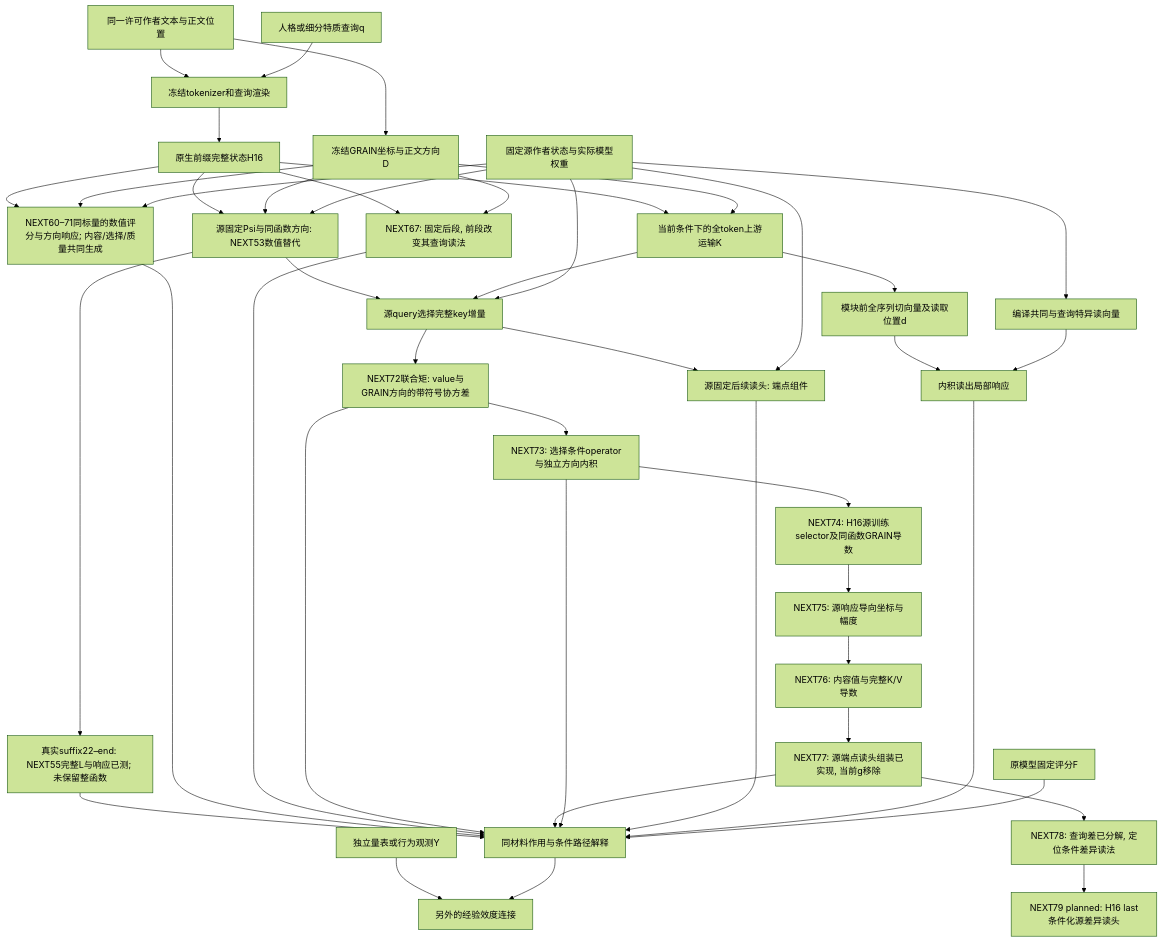
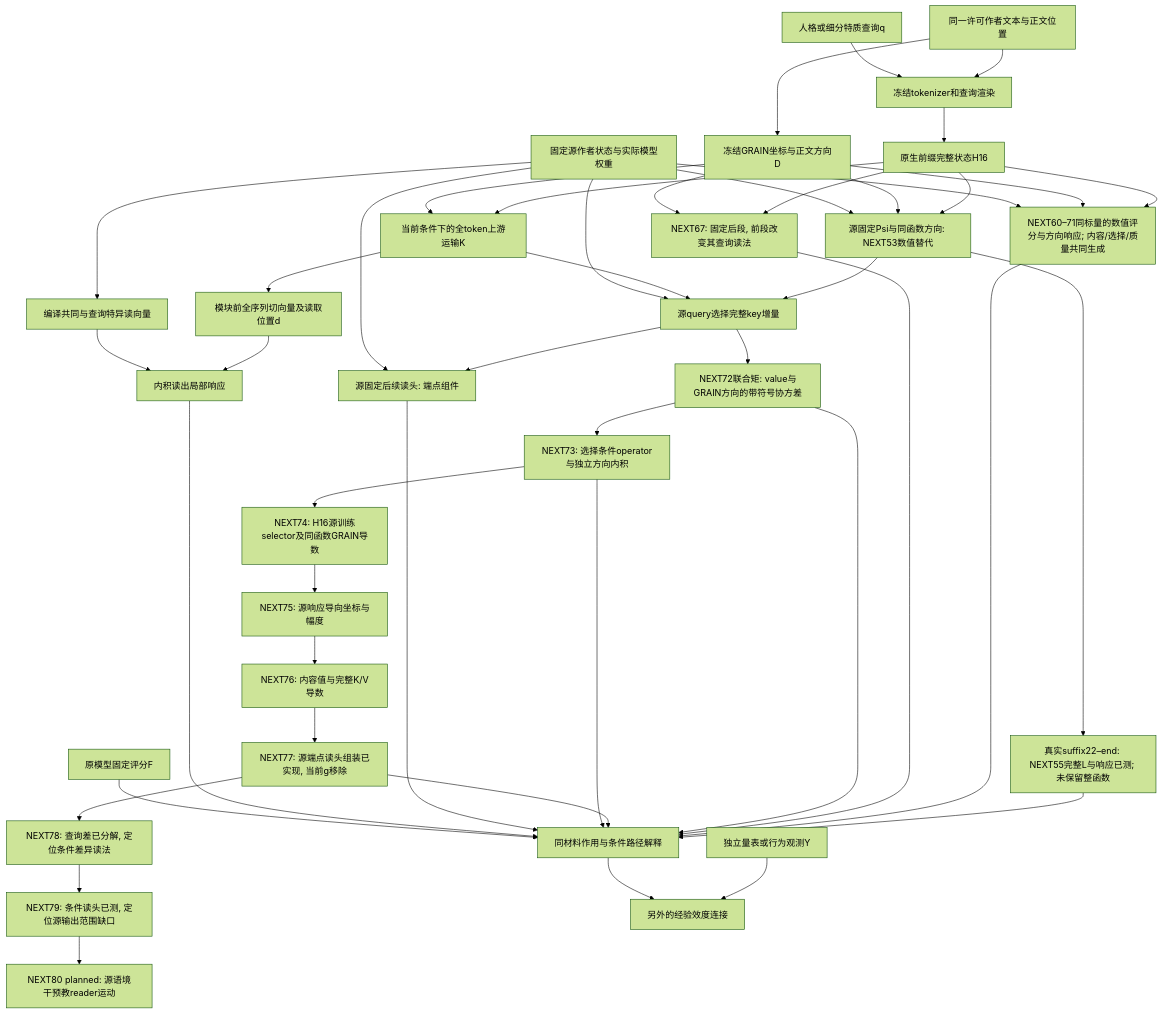
One commit to reiserhhh/GRAIN changed the diagram in docs/GRAIN_UPSTREAM_MECHANISM_INTEGRATION_V1.md. Above: the diagram before and after it, drawn with Mermaid (forest theme). The commit also changed other lines of this file and 19 other files, not shown here.

````diff
--- a/docs/GRAIN_UPSTREAM_MECHANISM_INTEGRATION_V1.md
+++ b/docs/GRAIN_UPSTREAM_MECHANISM_INTEGRATION_V1.md
@@ -8,46 +8,47 @@
 ```mermaid
 flowchart TD
   T[同一许可作者文本与正文位置] --> G[冻结GRAIN坐标与正文方向D]
   T --> R[冻结tokenizer和查询渲染]
   Q[人格或细分特质查询q] --> R
   R --> H[原生前缀完整状态H16]
   H --> K[当前条件下的全token上游运输K]
   H --> P[源固定Psi与同函数方向: NEXT53数值替代]
   G --> P
   S --> P
   P --> U
   P --> W[真实suffix22–end: NEXT55完整L与响应已测; 未保留整函数]
   W --> J
   H --> Z[NEXT60–71同标量的数值评分与方向响应; 内容/选择/质量共同生成]
   G --> Z
   S --> Z
   Z --> J
   H --> I[NEXT67: 固定后段, 前段改变其查询读法]
   G --> I
   I --> J
   G --> K
   K --> D[模块前全序列切向量及读取位置d]
   S[固定源作者状态与实际模型权重] --> V[编译共同与查询特异读向量]
   D --> A[内积读出局部响应]
   V --> A
   K --> U[源query选择完整key增量]
   S --> U
   U --> M[NEXT72联合矩: value与GRAIN方向的带符号协方差]
   M --> J
   M --> O[NEXT73: 选择条件operator与独立方向内积]
   O --> P74[NEXT74: H16源训练selector及同函数GRAIN导数]
   P74 --> P75[NEXT75: 源响应导向坐标与幅度]
   P75 --> P76[NEXT76: 内容值与完整K/V导数]
   P76 --> P77[NEXT77: 源端点读头组装已实现, 当前g移除]
   P77 --> J
   P77 --> P78[NEXT78: 查询差已分解, 定位条件差异读法]
-  P78 --> P79[NEXT79 planned: H16 last条件化源差异读头]
+  P78 --> P79[NEXT79: 条件读头已测, 定位源输出范围缺口]
+  P79 --> P80[NEXT80 planned: 源语境干预教reader运动]
   O --> J
   U --> C[源固定后续读头: 端点组件]
   S --> C
   C --> J
   A --> J[同材料作用与条件路径解释]
   F[原模型固定评分F] --> J
   Y[独立量表或行为观测Y] --> E[另外的经验效度连接]
   J --> E
 ```
````
